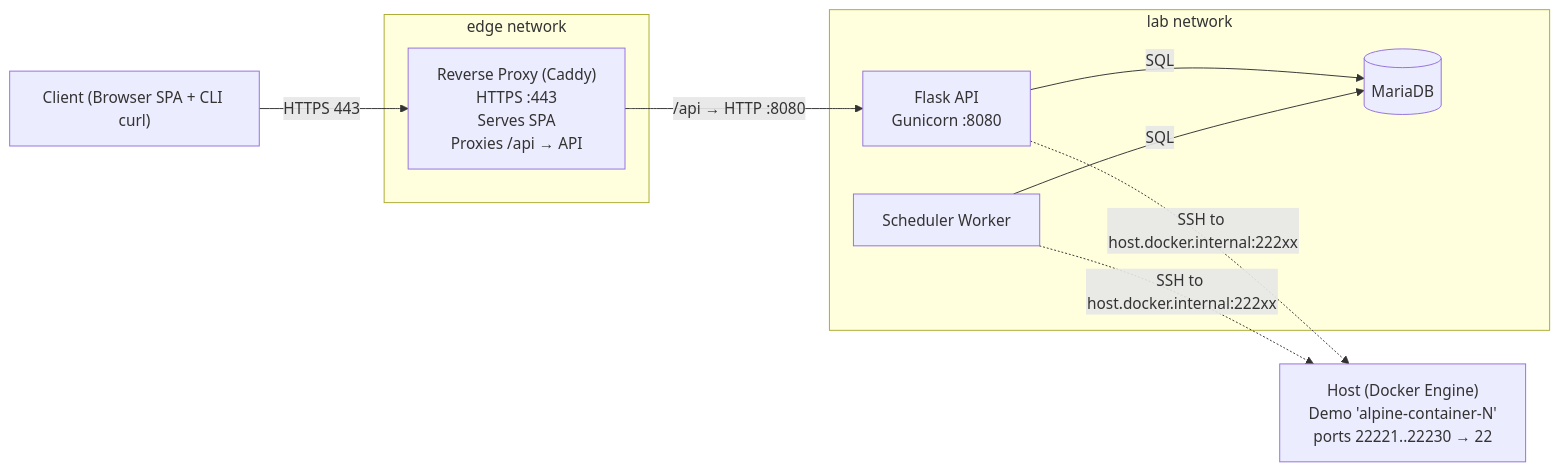
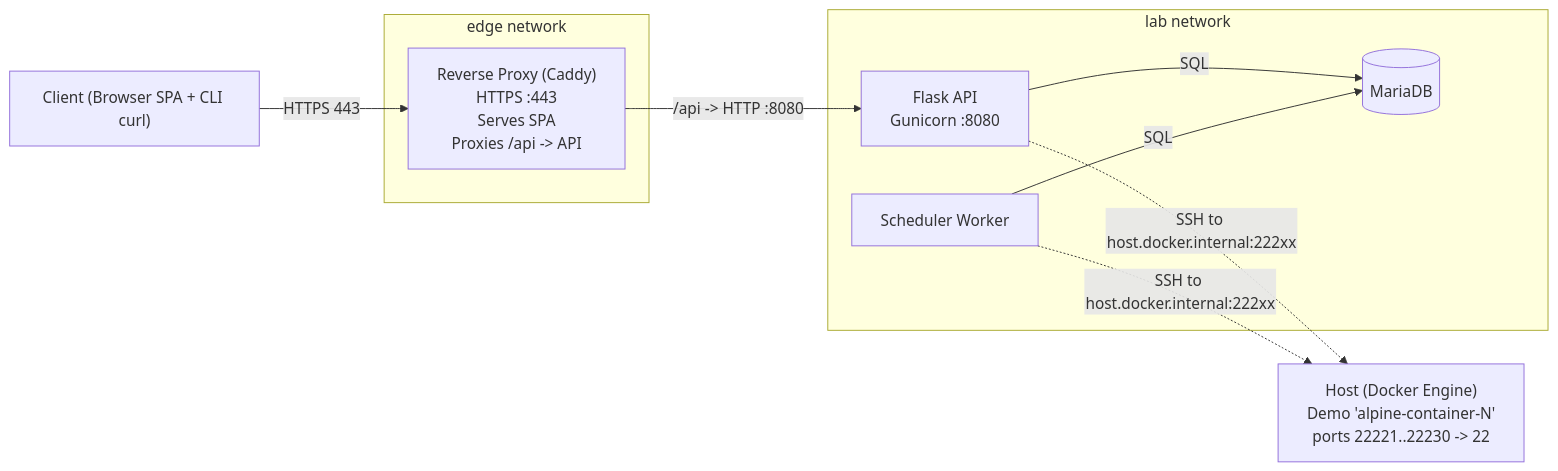
Before and after one commit to Jeomhps/projet-IAC: the diagram in README.md, drawn with Mermaid. The commit also changed other lines of this file, not shown here.

Commit message:
docs : fix carriage return in mermaid

````diff
--- a/README.md
+++ b/README.md
@@ -25,24 +25,24 @@
 ```mermaid
 flowchart LR
   Client["Client (Browser SPA + CLI curl)"]
 
   subgraph EDGE["edge network"]
-    RP["Reverse Proxy (Caddy)\nHTTPS :443\nServes SPA\nProxies /api → API"]
+    RP["Reverse Proxy (Caddy)<br/>HTTPS :443<br/>Serves SPA<br/>Proxies /api -> API"]
   end
 
   subgraph LAB["lab network"]
-    API["Flask API\nGunicorn :8080"]
+    API["Flask API<br/>Gunicorn :8080"]
     SCHED["Scheduler Worker"]
     DB[(MariaDB)]
   end
 
   Client -->|HTTPS 443| RP
-  RP -->|/api → HTTP :8080| API
+  RP -->|/api -> HTTP :8080| API
   API -->|SQL| DB
   SCHED -->|SQL| DB
 
-  Host["Host (Docker Engine)\nDemo 'alpine-container-N'\nports 22221..22230 → 22"]
+  Host["Host (Docker Engine)<br/>Demo 'alpine-container-N'<br/>ports 22221..22230 -> 22"]
 
   API -.->|SSH to host.docker.internal:222xx| Host
   SCHED -.->|SSH to host.docker.internal:222xx| Host
 ```
````
